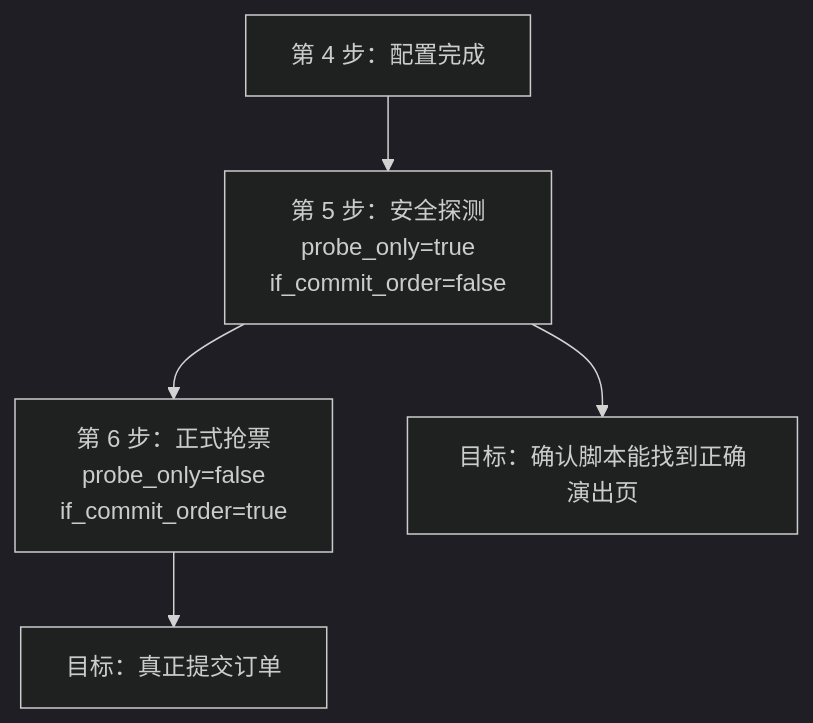
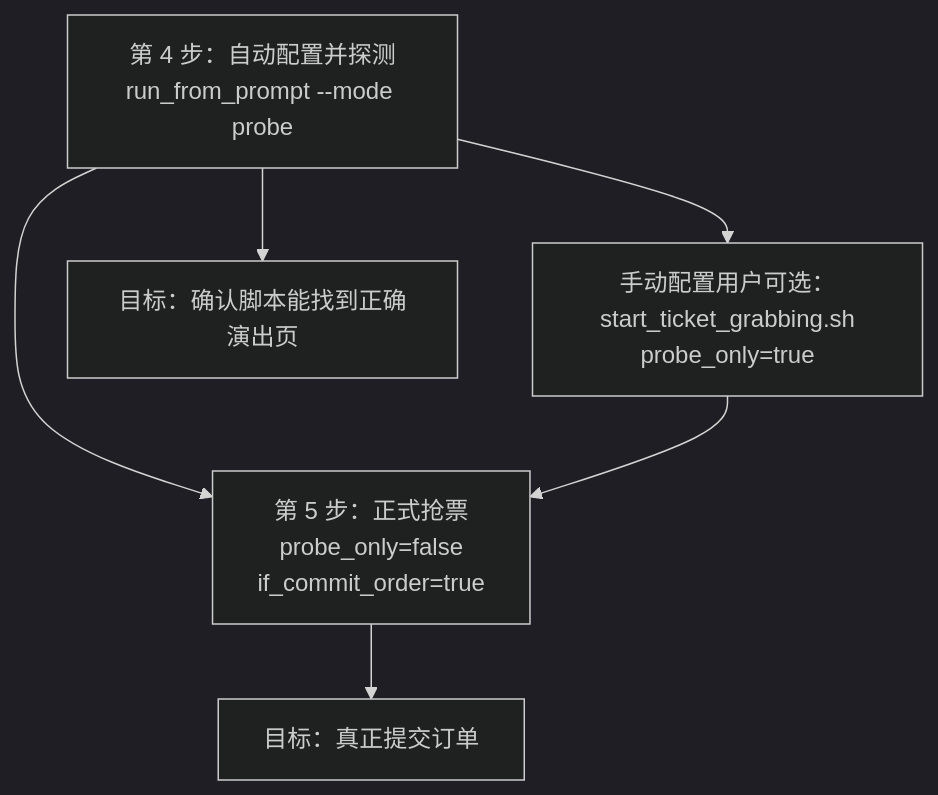
The diagram in README.md (WuRunBear/HaTickets), drawn with Mermaid (dark theme) before and after one commit. The commit also changed other lines of this file and 5 other files, not shown here.

````diff
--- a/README.md
+++ b/README.md
@@ -323,8 +306,9 @@
 ```mermaid
 flowchart TD
-    A["第 4 步：配置完成"] --> B["第 5 步：安全探测<br/>probe_only=true<br/>if_commit_order=false"]
-    B --> D["第 6 步：正式抢票<br/>probe_only=false<br/>if_commit_order=true"]
+    A["第 4 步：自动配置并探测<br/>run_from_prompt --mode probe"] --> D["第 5 步：正式抢票<br/>probe_only=false<br/>if_commit_order=true"]
+    A --> B["手动配置用户可选：start_ticket_grabbing.sh<br/>probe_only=true"]
+    B --> D
 
-    B --> B1["目标：确认脚本能找到正确演出页"]
+    A --> A1["目标：确认脚本能找到正确演出页"]
     D --> D1["目标：真正提交订单"]
 ```
````
